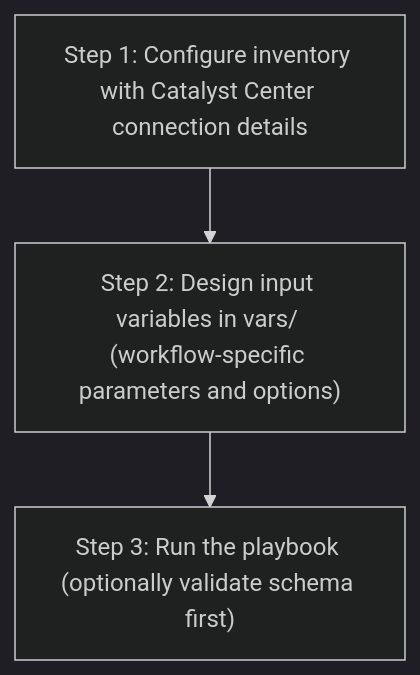
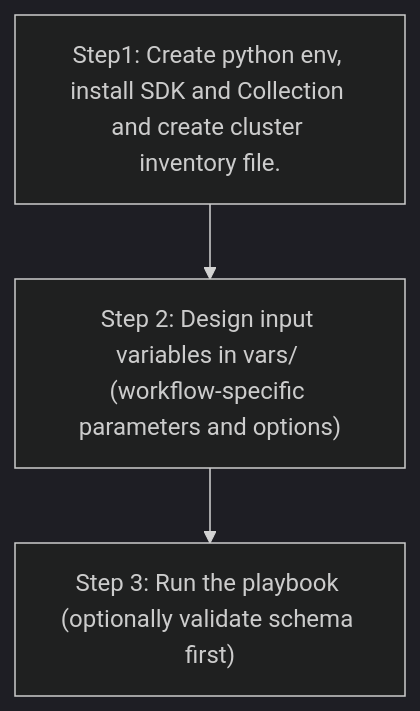
The diagram in workflows/access_point_location/README.md (DNACENSolutions/dnac_ansible_workflows), drawn with Mermaid (dark theme) before and after one commit. The commit also changed other lines of this file and 71 other files, not shown here.

Commit message:
docs: reposition workflow user flow and update step 1 wording

````diff
--- a/workflows/access_point_location/README.md
+++ b/workflows/access_point_location/README.md
@@ -745,5 +171,5 @@
 ```mermaid
 flowchart TD
-  S1["Step 1: Configure inventory with Catalyst Center connection details"] --> S2["Step 2: Design input variables in vars/ (workflow-specific parameters and options)"]
+  S1["Step1: Create python env, install SDK and Collection and create cluster inventory file."] --> S2["Step 2: Design input variables in vars/ (workflow-specific parameters and options)"]
   S2 --> S3["Step 3: Run the playbook (optionally validate schema first)"]
 ```
````
